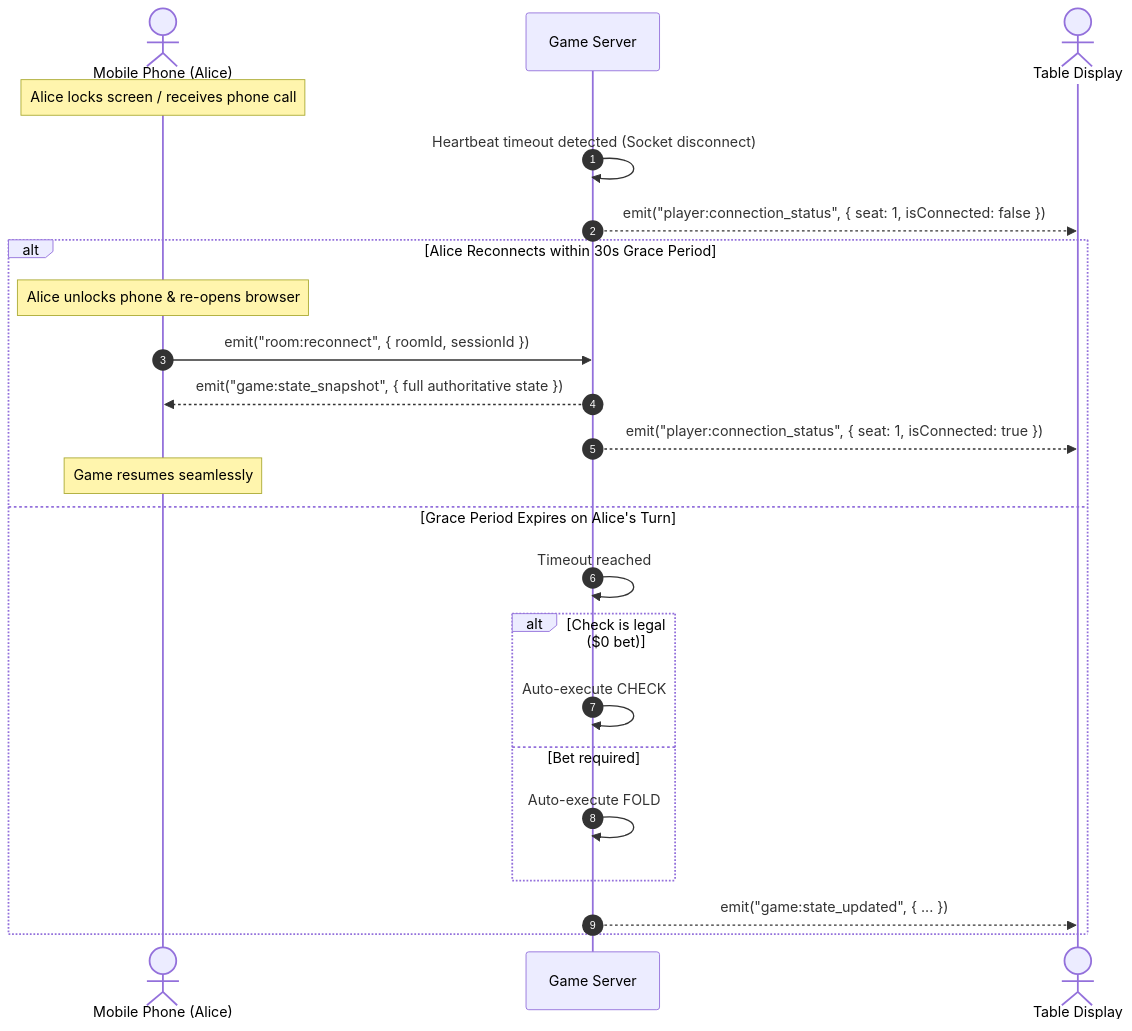
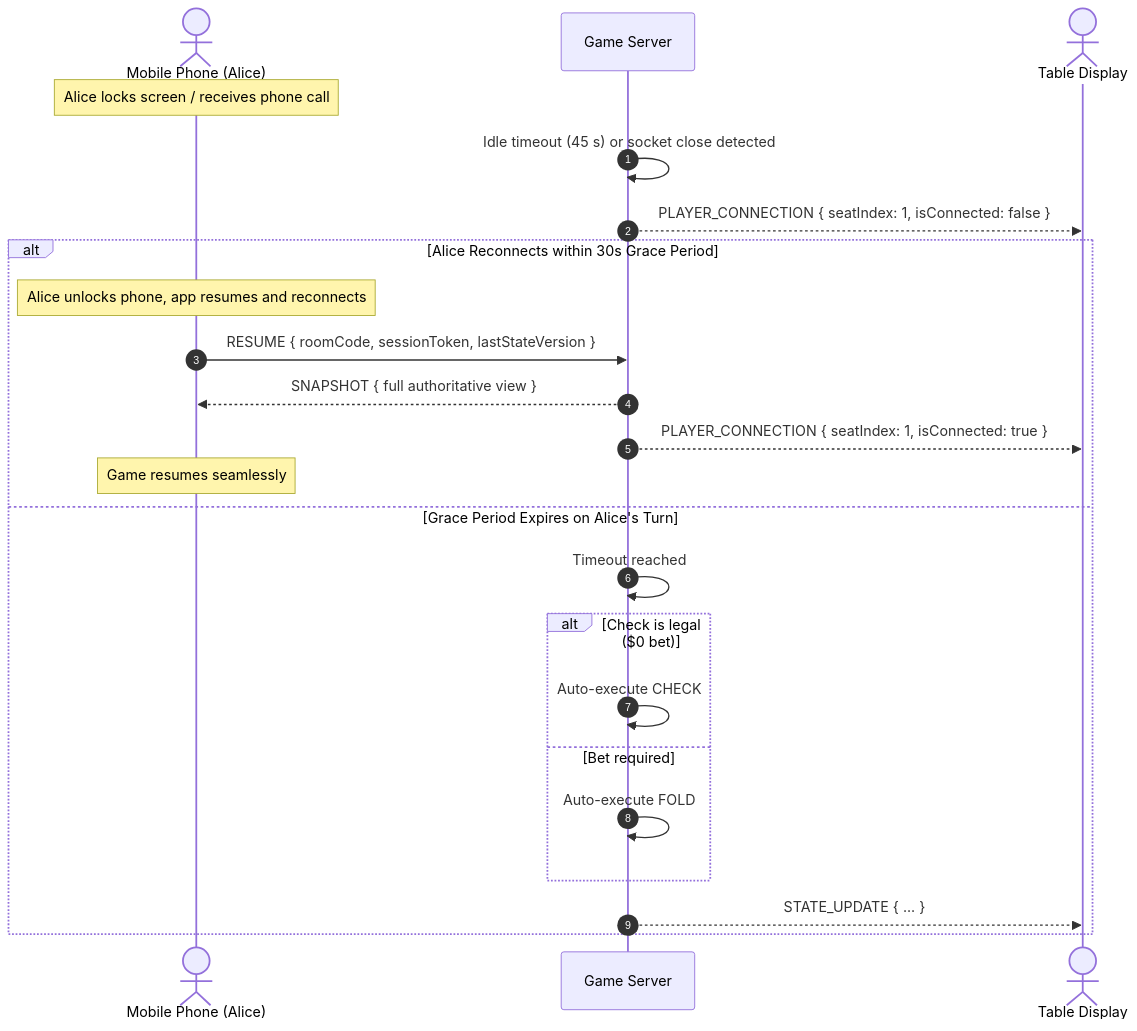
Before and after one commit to DimathJayasinghe/poker-credits: the second of 4 diagrams in docs/SECURITY_AND_EDGE_CASES.md, drawn with Mermaid. The commit also changed other lines of this file and 12 other files, not shown here.

````diff
--- a/docs/SECURITY_AND_EDGE_CASES.md
+++ b/docs/SECURITY_AND_EDGE_CASES.md
@@ -82,27 +84,27 @@
 ```mermaid
 sequenceDiagram
     autonumber
     actor Player as Mobile Phone (Alice)
     participant Server as Game Server
     actor Table as Table Display
 
     Note over Player: Alice locks screen / receives phone call
-    Server->>Server: Heartbeat timeout detected (Socket disconnect)
-    Server-->>Table: emit("player:connection_status", { seat: 1, isConnected: false })
+    Server->>Server: Idle timeout (45 s) or socket close detected
+    Server-->>Table: PLAYER_CONNECTION { seatIndex: 1, isConnected: false }
     
     alt Alice Reconnects within 30s Grace Period
-        Note over Player: Alice unlocks phone & re-opens browser
-        Player->>Server: emit("room:reconnect", { roomId, sessionId })
-        Server-->>Player: emit("game:state_snapshot", { full authoritative state })
-        Server-->>Table: emit("player:connection_status", { seat: 1, isConnected: true })
+        Note over Player: Alice unlocks phone, app resumes and reconnects
+        Player->>Server: RESUME { roomCode, sessionToken, lastStateVersion }
+        Server-->>Player: SNAPSHOT { full authoritative view }
+        Server-->>Table: PLAYER_CONNECTION { seatIndex: 1, isConnected: true }
         Note over Player: Game resumes seamlessly
     else Grace Period Expires on Alice's Turn
         Server->>Server: Timeout reached
         alt Check is legal ($0 bet)
             Server->>Server: Auto-execute CHECK
         else Bet required
             Server->>Server: Auto-execute FOLD
         end
-        Server-->>Table: emit("game:state_updated", { ... })
+        Server-->>Table: STATE_UPDATE { ... }
     end
 ```
````
